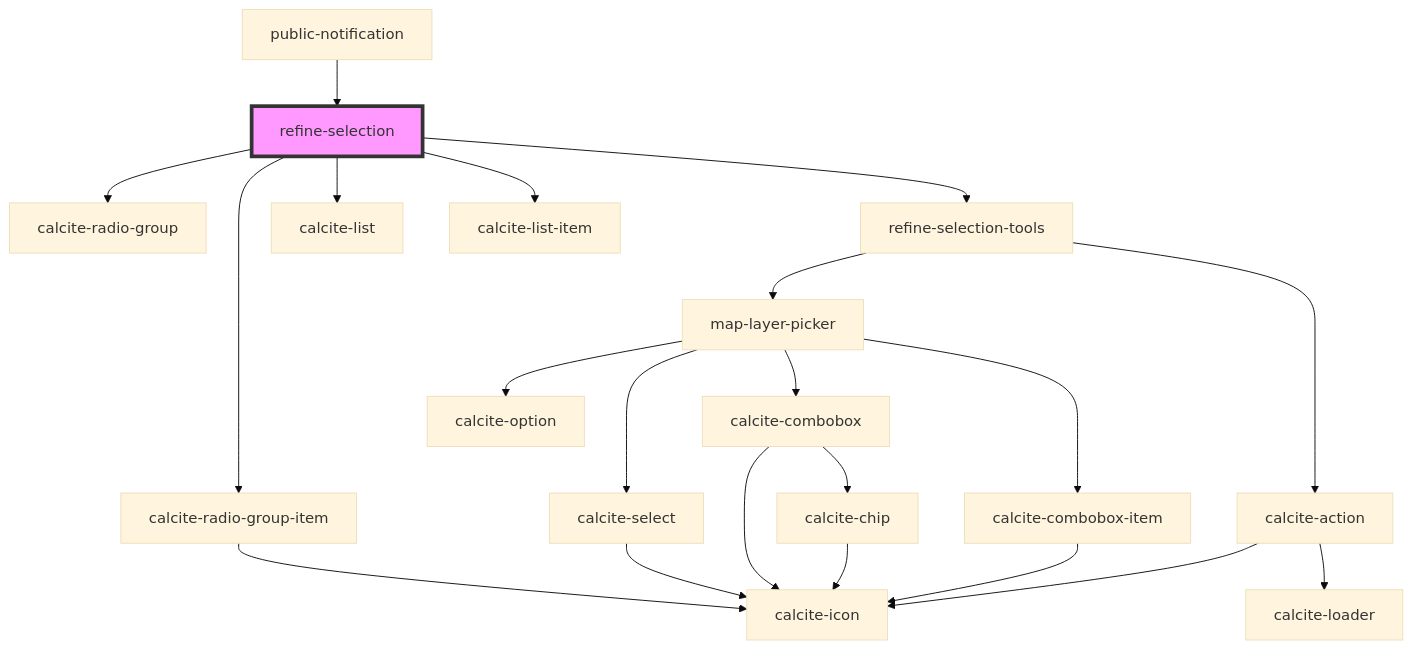
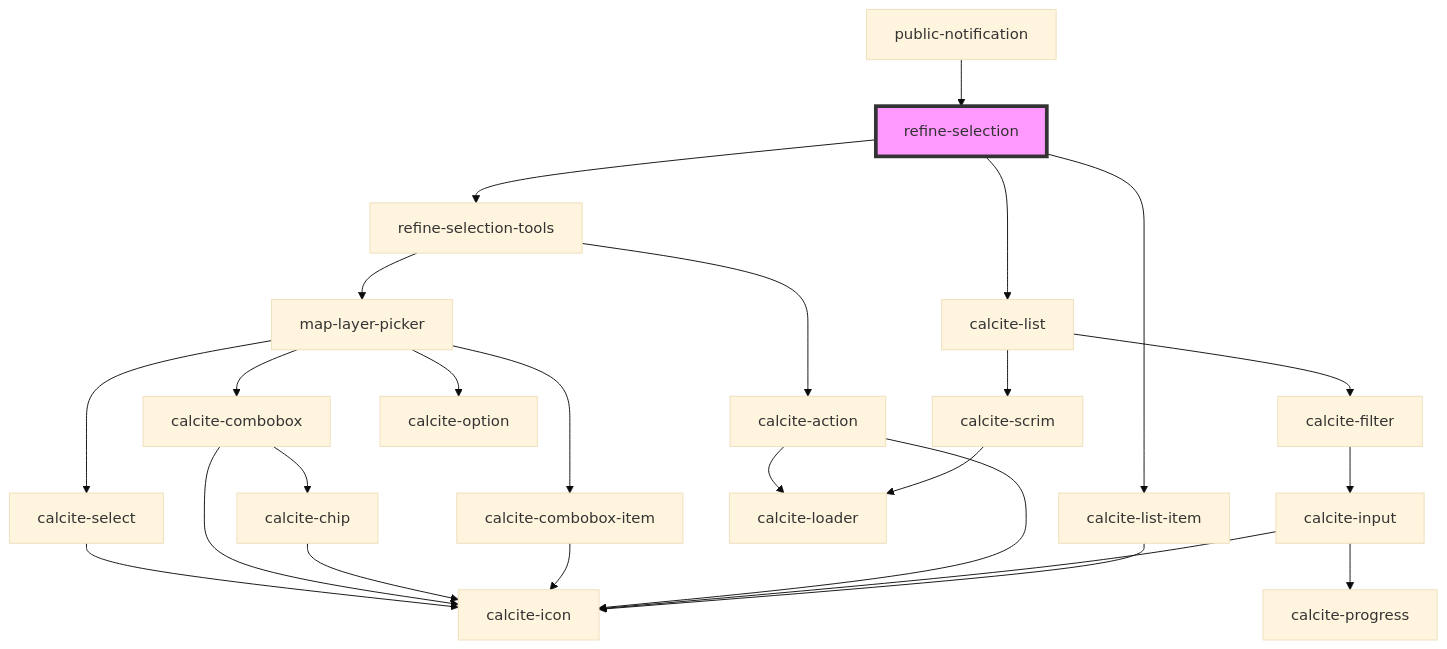
The diagram in src/components/refine-selection/readme.md (Esri/solutions-components), drawn with Mermaid (base theme) before and after one commit. The commit also changed other lines of this file and 10 other files, not shown here.

````diff
--- a/src/components/refine-selection/readme.md
+++ b/src/components/refine-selection/readme.md
@@ -42,24 +40,28 @@
 ```mermaid
 graph TD;
-  refine-selection --> calcite-radio-group
-  refine-selection --> calcite-radio-group-item
   refine-selection --> refine-selection-tools
   refine-selection --> calcite-list
   refine-selection --> calcite-list-item
-  calcite-radio-group-item --> calcite-icon
   refine-selection-tools --> map-layer-picker
   refine-selection-tools --> calcite-action
   map-layer-picker --> calcite-select
   map-layer-picker --> calcite-combobox
   map-layer-picker --> calcite-combobox-item
   map-layer-picker --> calcite-option
   calcite-select --> calcite-icon
   calcite-combobox --> calcite-chip
   calcite-combobox --> calcite-icon
   calcite-chip --> calcite-icon
   calcite-combobox-item --> calcite-icon
   calcite-action --> calcite-loader
   calcite-action --> calcite-icon
+  calcite-list --> calcite-scrim
+  calcite-list --> calcite-filter
+  calcite-scrim --> calcite-loader
+  calcite-filter --> calcite-input
+  calcite-input --> calcite-progress
+  calcite-input --> calcite-icon
+  calcite-list-item --> calcite-icon
   public-notification --> refine-selection
   style refine-selection fill:#f9f,stroke:#333,stroke-width:4px
 ```
````
